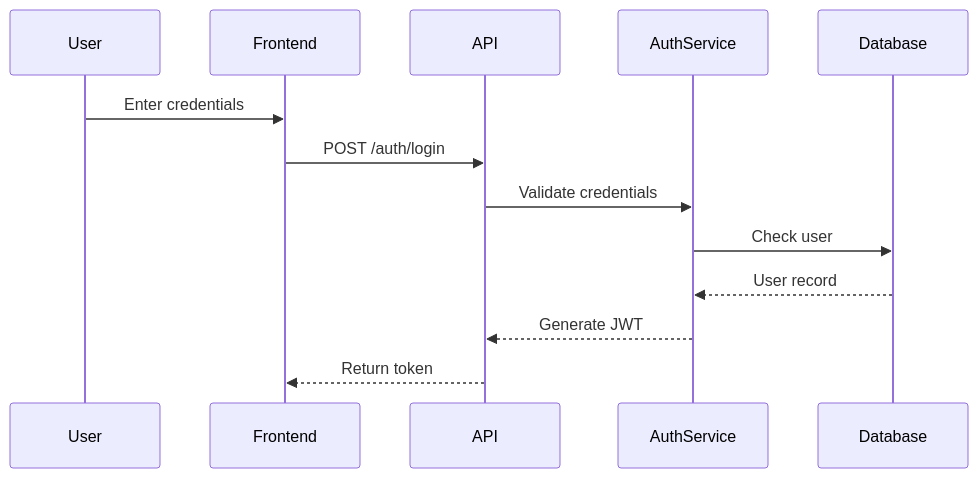
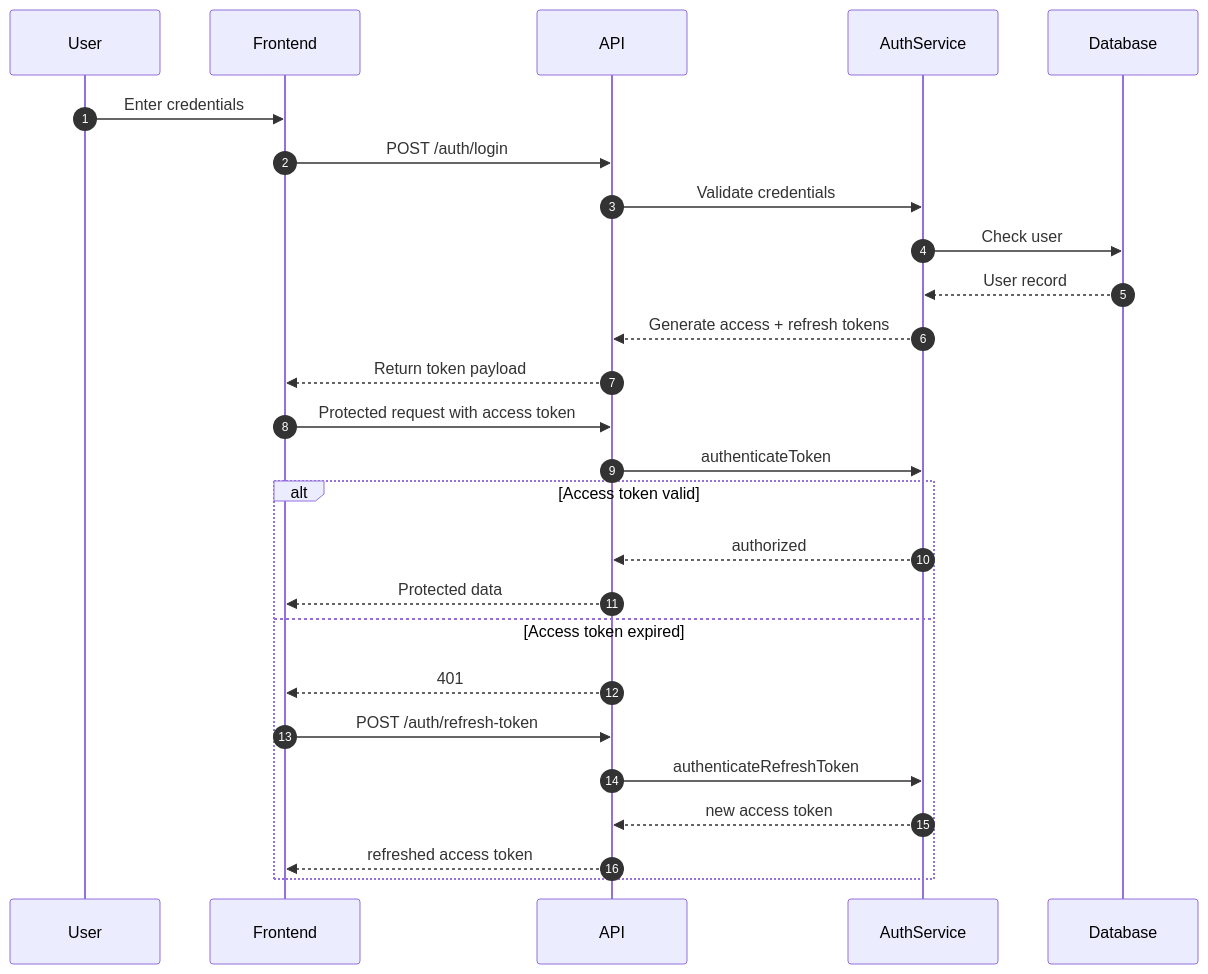
Before and after one commit to ShakiraCasusi/ReRead: the third of 4 diagrams in README.md, drawn with Mermaid. The commit also changed other lines of this file, not shown here.

````diff
--- a/README.md
+++ b/README.md
@@ -153,16 +213,31 @@
 ```mermaid
 sequenceDiagram
+    autonumber
     participant User
     participant Frontend
     participant API
     participant AuthService
     participant Database
 
     User->>Frontend: Enter credentials
     Frontend->>API: POST /auth/login
     API->>AuthService: Validate credentials
     AuthService->>Database: Check user
     Database-->>AuthService: User record
-    AuthService-->>API: Generate JWT
-    API-->>Frontend: Return token
+    AuthService-->>API: Generate access + refresh tokens
+    API-->>Frontend: Return token payload
+
+    Frontend->>API: Protected request with access token
+    API->>AuthService: authenticateToken
+
+    alt Access token valid
+        AuthService-->>API: authorized
+        API-->>Frontend: Protected data
+    else Access token expired
+        API-->>Frontend: 401
+        Frontend->>API: POST /auth/refresh-token
+        API->>AuthService: authenticateRefreshToken
+        AuthService-->>API: new access token
+        API-->>Frontend: refreshed access token
+    end
 ```
````
